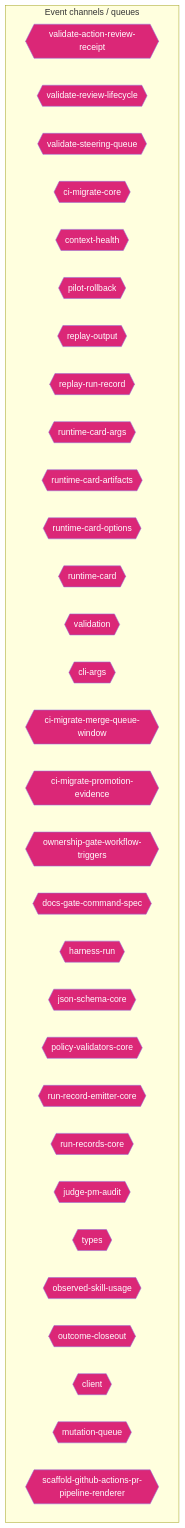
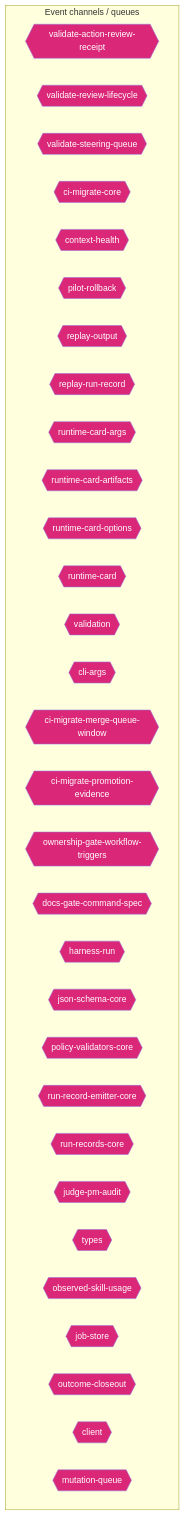
The ninth of 14 diagrams in AI/context/diagram-context.md (jscraik/coding-harness), drawn with Mermaid before and after one commit. The commit also changed other lines of this file and 91 other files, not shown here.

````diff
--- a/AI/context/diagram-context.md
+++ b/AI/context/diagram-context.md
@@ -1767,38 +1841,38 @@
 ```mermaid
 flowchart TD
   subgraph Channels["Event channels / queues"]
     validate_action_review_receipt_fa2f06c3{{"validate-action-review-receipt"}}
     validate_review_lifecycle_0b410d1e{{"validate-review-lifecycle"}}
     validate_steering_queue_4bc0cc94{{"validate-steering-queue"}}
     ci_migrate_core_7005b5af{{"ci-migrate-core"}}
     context_health_80bb7da9{{"context-health"}}
     pilot_rollback_00c1f82c{{"pilot-rollback"}}
     replay_output_993eda9e{{"replay-output"}}
     replay_run_record_9a08cce2{{"replay-run-record"}}
     runtime_card_args_2b3d4b28{{"runtime-card-args"}}
     runtime_card_artifacts_143b799c{{"runtime-card-artifacts"}}
     runtime_card_options_c9156ad5{{"runtime-card-options"}}
     runtime_card_e06b53e1{{"runtime-card"}}
     validation_98c41dcd{{"validation"}}
     cli_args_1_6144b055{{"cli-args"}}
     ci_migrate_merge_queue_window_0070bd6d{{"ci-migrate-merge-queue-window"}}
     ci_migrate_promotion_evidence_1a2dc527{{"ci-migrate-promotion-evidence"}}
     ownership_gate_workflow_triggers_b60d2eab{{"ownership-gate-workflow-triggers"}}
     docs_gate_command_spec_16795187{{"docs-gate-command-spec"}}
     harness_run_c0761792{{"harness-run"}}
     json_schema_core_96d7e328{{"json-schema-core"}}
     policy_validators_core_714a3fe7{{"policy-validators-core"}}
     run_record_emitter_core_688049d5{{"run-record-emitter-core"}}
     run_records_core_89286dfa{{"run-records-core"}}
     judge_pm_audit_ccd20b35{{"judge-pm-audit"}}
     types_11_4be3ee64{{"types"}}
     observed_skill_usage_ed7d5930{{"observed-skill-usage"}}
+    job_store_4ca3b42f{{"job-store"}}
     outcome_closeout_ba497ec2{{"outcome-closeout"}}
     client_948fe603{{"client"}}
     mutation_queue_ce5a530e{{"mutation-queue"}}
-    scaffold_github_actions_pr_pipeline_renderer_1ee18de5{{"scaffold-github-actions-pr-pipeline-renderer"}}
   end
   classDef eventNode fill:#db2777,color:#fff
-  class validate_action_review_receipt_fa2f06c3,validate_review_lifecycle_0b410d1e,validate_steering_queue_4bc0cc94,ci_migrate_core_7005b5af,context_health_80bb7da9,pilot_rollback_00c1f82c,replay_output_993eda9e,replay_run_record_9a08cce2,runtime_card_args_2b3d4b28,runtime_card_artifacts_143b799c,runtime_card_options_c9156ad5,runtime_card_e06b53e1,validation_98c41dcd,cli_args_1_6144b055,ci_migrate_merge_queue_window_0070bd6d,ci_migrate_promotion_evidence_1a2dc527,ownership_gate_workflow_triggers_b60d2eab,docs_gate_command_spec_16795187,harness_run_c0761792,json_schema_core_96d7e328,policy_validators_core_714a3fe7,run_record_emitter_core_688049d5,run_records_core_89286dfa,judge_pm_audit_ccd20b35,types_11_4be3ee64,observed_skill_usage_ed7d5930,outcome_closeout_ba497ec2,client_948fe603,mutation_queue_ce5a530e,scaffold_github_actions_pr_pipeline_renderer_1ee18de5 eventNode
+  class validate_action_review_receipt_fa2f06c3,validate_review_lifecycle_0b410d1e,validate_steering_queue_4bc0cc94,ci_migrate_core_7005b5af,context_health_80bb7da9,pilot_rollback_00c1f82c,replay_output_993eda9e,replay_run_record_9a08cce2,runtime_card_args_2b3d4b28,runtime_card_artifacts_143b799c,runtime_card_options_c9156ad5,runtime_card_e06b53e1,validation_98c41dcd,cli_args_1_6144b055,ci_migrate_merge_queue_window_0070bd6d,ci_migrate_promotion_evidence_1a2dc527,ownership_gate_workflow_triggers_b60d2eab,docs_gate_command_spec_16795187,harness_run_c0761792,json_schema_core_96d7e328,policy_validators_core_714a3fe7,run_record_emitter_core_688049d5,run_records_core_89286dfa,judge_pm_audit_ccd20b35,types_11_4be3ee64,observed_skill_usage_ed7d5930,job_store_4ca3b42f,outcome_closeout_ba497ec2,client_948fe603,mutation_queue_ce5a530e eventNode
 
 ```
````
